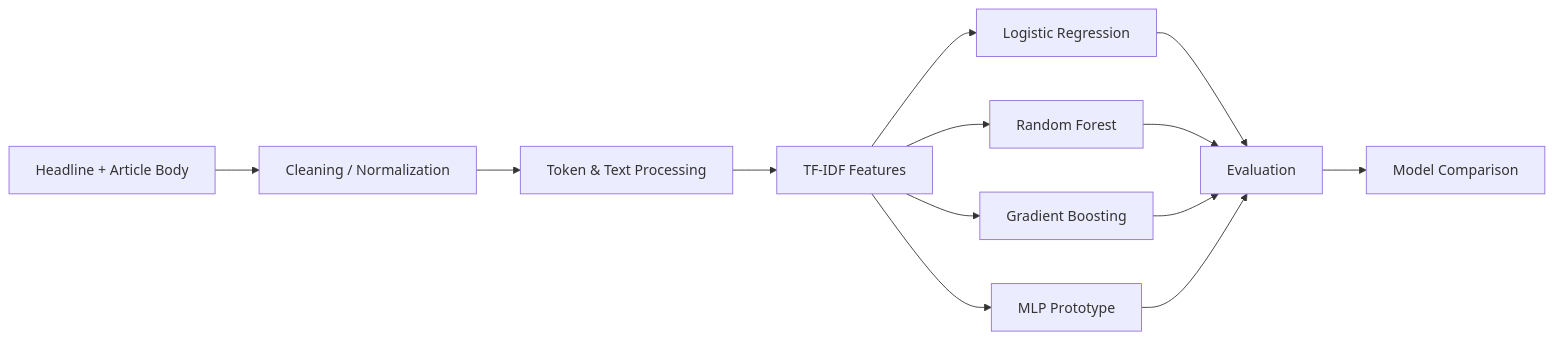
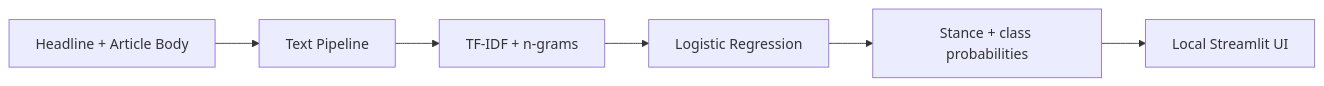
The diagram in README.md (StavroK/MtySaturdayAI2020), drawn with Mermaid before and after one commit. The commit also changed other lines of this file, not shown here.

````diff
--- a/README.md
+++ b/README.md
@@ -36,15 +35,8 @@
 ```mermaid
 flowchart LR
-    A[Headline + Article Body] --> B[Cleaning / Normalization]
-    B --> C[Token & Text Processing]
-    C --> D[TF-IDF Features]
-    D --> E1[Logistic Regression]
-    D --> E2[Random Forest]
-    D --> E3[Gradient Boosting]
-    D --> E4[MLP Prototype]
-    E1 --> F[Evaluation]
-    E2 --> F
-    E3 --> F
-    E4 --> F
-    F --> G[Model Comparison]
+    A[Headline + Article Body] --> B[Text Pipeline]
+    B --> C[TF-IDF + n-grams]
+    C --> D[Logistic Regression]
+    D --> E[Stance + class probabilities]
+    E --> F[Local Streamlit UI]
 ```
````
